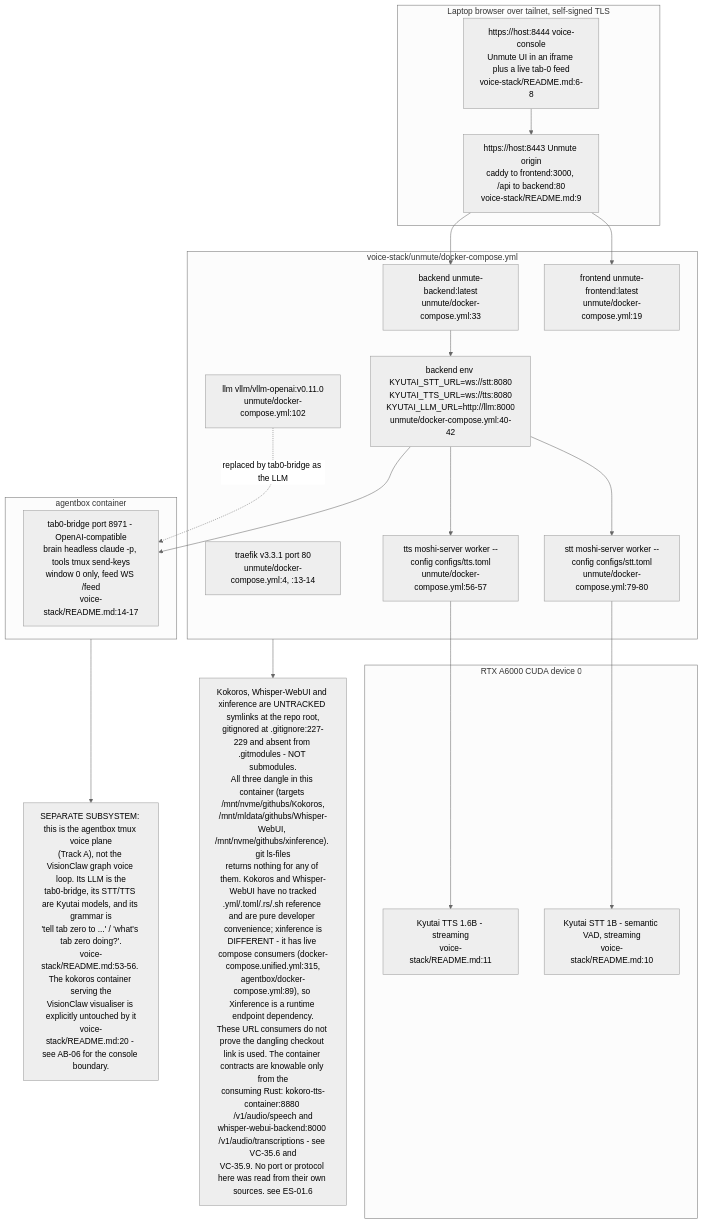
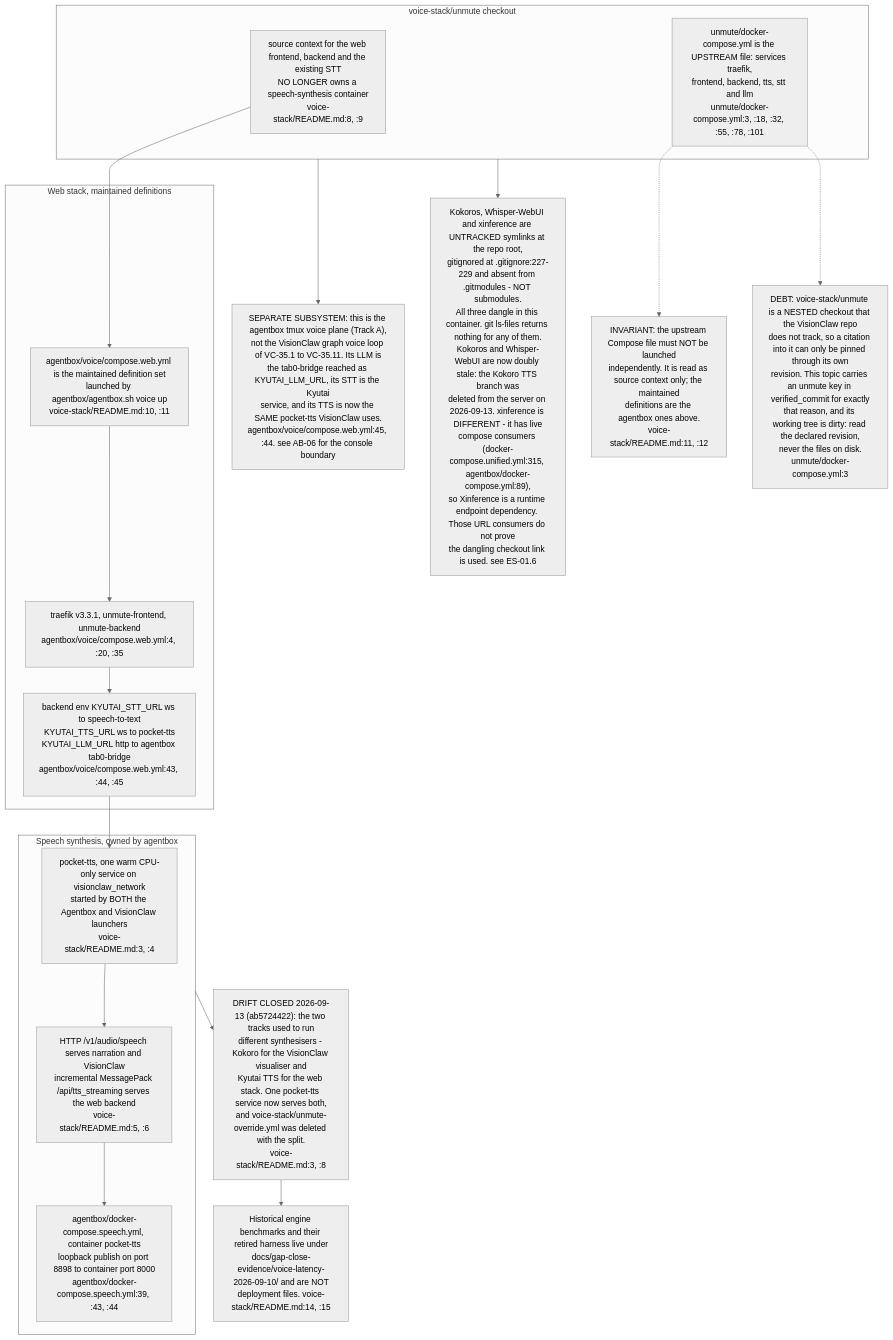
One commit to DreamLab-AI/VisionFlow changed diagram 12 of 13 in docs/diagrams/visionclaw/35-voice-end-to-end.md. Above: the diagram before and after it, drawn with Mermaid (neutral theme). The commit also changed other lines of this file and 32 other files, not shown here.

````diff
--- a/docs/diagrams/visionclaw/35-voice-end-to-end.md
+++ b/docs/diagrams/visionclaw/35-voice-end-to-end.md
@@ -576,37 +566,33 @@
 ```mermaid
 flowchart TB
-    subgraph lap["Laptop browser over tailnet, self-signed TLS"]
-        L1["https://host:8444 voice-console<br/>Unmute UI in an iframe plus a live tab-0 feed<br/>voice-stack/README.md:6-8"]
-        L2["https://host:8443 Unmute origin<br/>caddy to frontend:3000, /api to backend:80<br/>voice-stack/README.md:9"]
+    subgraph owned["Speech synthesis, owned by agentbox"]
+        P1["pocket-tts, one warm CPU-only service on visionclaw_network<br/>started by BOTH the Agentbox and VisionClaw launchers<br/>voice-stack/README.md:3, :4"]
+        P2["HTTP /v1/audio/speech serves narration and VisionClaw<br/>incremental MessagePack /api/tts_streaming serves the web backend<br/>voice-stack/README.md:5, :6"]
+        P3["agentbox/docker-compose.speech.yml, container pocket-tts<br/>loopback publish on port 8898 to container port 8000<br/>agentbox/docker-compose.speech.yml:39, :43, :44"]
     end
-    subgraph gpu["RTX A6000 CUDA device 0"]
-        S1["Kyutai STT 1B - semantic VAD, streaming<br/>voice-stack/README.md:10"]
-        S2["Kyutai TTS 1.6B - streaming<br/>voice-stack/README.md:11"]
+    subgraph web["Web stack, maintained definitions"]
+        W1["agentbox/voice/compose.web.yml is the maintained definition set<br/>launched by agentbox/agentbox.sh voice up<br/>voice-stack/README.md:10, :11"]
+        W2["traefik v3.3.1, unmute-frontend, unmute-backend<br/>agentbox/voice/compose.web.yml:4, :20, :35"]
+        W3["backend env KYUTAI_STT_URL ws to speech-to-text<br/>KYUTAI_TTS_URL ws to pocket-tts<br/>KYUTAI_LLM_URL http to agentbox tab0-bridge<br/>agentbox/voice/compose.web.yml:43, :44, :45"]
     end
-    subgraph compose["voice-stack/unmute/docker-compose.yml"]
-        C1["traefik v3.3.1 port 80<br/>unmute/docker-compose.yml:4, :13-14"]
-        C2["frontend unmute-frontend:latest<br/>unmute/docker-compose.yml:19"]
-        C3["backend unmute-backend:latest<br/>unmute/docker-compose.yml:33"]
-        C4["stt moshi-server worker --config configs/stt.toml<br/>unmute/docker-compose.yml:79-80"]
-        C5["tts moshi-server worker --config configs/tts.toml<br/>unmute/docker-compose.yml:56-57"]
-        C6["llm vllm/vllm-openai:v0.11.0<br/>unmute/docker-compose.yml:102"]
-        C7["backend env KYUTAI_STT_URL=ws://stt:8080<br/>KYUTAI_TTS_URL=ws://tts:8080<br/>KYUTAI_LLM_URL=http://llm:8000<br/>unmute/docker-compose.yml:40-42"]
+    subgraph legacy["voice-stack/unmute checkout"]
+        U1["source context for the web frontend, backend and the existing STT<br/>NO LONGER owns a speech-synthesis container<br/>voice-stack/README.md:8, :9"]
+        U2["unmute/docker-compose.yml is the UPSTREAM file: services traefik,<br/>frontend, backend, tts, stt and llm<br/>unmute/docker-compose.yml:3, :18, :32, :55, :78, :101"]
     end
-    subgraph box["agentbox container"]
-        B1["tab0-bridge port 8971 - OpenAI-compatible<br/>brain headless claude -p, tools tmux send-keys<br/>window 0 only, feed WS /feed<br/>voice-stack/README.md:14-17"]
-    end
-    L1 --> L2
-    L2 --> C2
-    L2 --> C3
-    C3 --> C7
-    C7 --> C4
-    C7 --> C5
-    C7 --> B1
-    C4 --> S1
-    C5 --> S2
-    C6 -. "replaced by tab0-bridge as the LLM" .-> B1
-    box --> SEP
-    SEP["SEPARATE SUBSYSTEM: this is the agentbox tmux voice plane<br/>(Track A), not the VisionClaw graph voice loop. Its LLM is the<br/>tab0-bridge, its STT/TTS are Kyutai models, and its grammar is<br/>'tell tab zero to ...' / 'what's tab zero doing?'.<br/>voice-stack/README.md:53-56. The kokoros container serving the<br/>VisionClaw visualiser is explicitly untouched by it<br/>voice-stack/README.md:20 - see AB-06 for the console boundary."]
-    compose --> DIV
-    DIV["Kokoros, Whisper-WebUI and xinference are UNTRACKED symlinks at the repo root,<br/>gitignored at .gitignore:227-229 and absent from .gitmodules - NOT submodules.<br/>All three dangle in this container (targets /mnt/nvme/githubs/Kokoros,<br/>/mnt/mldata/githubs/Whisper-WebUI, /mnt/nvme/githubs/xinference). git ls-files<br/>returns nothing for any of them. Kokoros and Whisper-WebUI have no tracked<br/>.yml/.toml/.rs/.sh reference and are pure developer convenience; xinference is<br/>DIFFERENT - it has live compose consumers (docker-compose.unified.yml:315,<br/>agentbox/docker-compose.yml:89), so Xinference is a runtime endpoint dependency.<br/>These URL consumers do not prove the dangling checkout link is used. The container contracts are knowable only from the<br/>consuming Rust: kokoro-tts-container:8880 /v1/audio/speech and<br/>whisper-webui-backend:8000 /v1/audio/transcriptions - see VC-35.6 and<br/>VC-35.9. No port or protocol here was read from their own sources. see ES-01.6"]
+    P1 --> P2 --> P3
+    W1 --> W2 --> W3
+    W3 --> P1
+    U1 --> W1
+    U2 -.-> INV
+    INV["INVARIANT: the upstream Compose file must NOT be launched<br/>independently. It is read as source context only; the maintained<br/>definitions are the agentbox ones above.<br/>voice-stack/README.md:11, :12"]
+    U2 -.-> UNPIN
+    UNPIN["DEBT: voice-stack/unmute is a NESTED checkout that the VisionClaw repo<br/>does not track, so a citation into it can only be pinned through its own<br/>revision. This topic carries an unmute key in verified_commit for exactly<br/>that reason, and its working tree is dirty: read the declared revision,<br/>never the files on disk.<br/>unmute/docker-compose.yml:3"]
+    legacy --> SEP
+    SEP["SEPARATE SUBSYSTEM: this is the agentbox tmux voice plane (Track A),<br/>not the VisionClaw graph voice loop of VC-35.1 to VC-35.11. Its LLM is<br/>the tab0-bridge reached as KYUTAI_LLM_URL, its STT is the Kyutai<br/>service, and its TTS is now the SAME pocket-tts VisionClaw uses.<br/>agentbox/voice/compose.web.yml:45, :44. see AB-06 for the console boundary"]
+    owned --> CONV
+    CONV["DRIFT CLOSED 2026-09-13 (ab5724422): the two tracks used to run<br/>different synthesisers - Kokoro for the VisionClaw visualiser and<br/>Kyutai TTS for the web stack. One pocket-tts service now serves both,<br/>and voice-stack/unmute-override.yml was deleted with the split.<br/>voice-stack/README.md:3, :8"]
+    DIV["Kokoros, Whisper-WebUI and xinference are UNTRACKED symlinks at the repo root,<br/>gitignored at .gitignore:227-229 and absent from .gitmodules - NOT submodules.<br/>All three dangle in this container. git ls-files returns nothing for any of them.<br/>Kokoros and Whisper-WebUI are now doubly stale: the Kokoro TTS branch was<br/>deleted from the server on 2026-09-13. xinference is DIFFERENT - it has live<br/>compose consumers (docker-compose.unified.yml:315, agentbox/docker-compose.yml:89),<br/>so Xinference is a runtime endpoint dependency. Those URL consumers do not prove<br/>the dangling checkout link is used. see ES-01.6"]
+    legacy --> DIV
+    HIST["Historical engine benchmarks and their retired harness live under<br/>docs/gap-close-evidence/voice-latency-2026-09-10/ and are NOT<br/>deployment files. voice-stack/README.md:14, :15"]
+    CONV --> HIST
 ```
````
